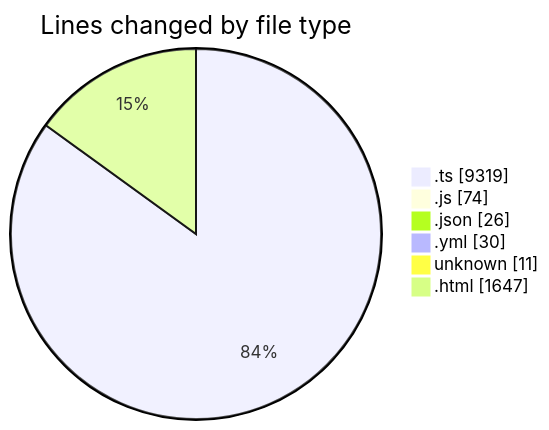
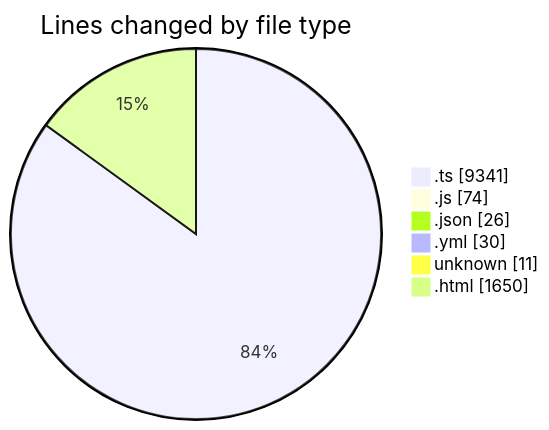
Before and after one commit to tmsrecording-cyber/code-tracking: the first of 2 diagrams in 2026-02-07/singularitybrainai/README.md, drawn with Mermaid. The commit also changed other lines of this file and 1 other file, not shown here.

````diff
--- a/2026-02-07/singularitybrainai/README.md
+++ b/2026-02-07/singularitybrainai/README.md
@@ -43,10 +43,10 @@
 ```mermaid
 pie showData
 title Lines changed by file type
-".ts" : 9319
+".ts" : 9341
 ".js" : 74
 ".json" : 26
 ".yml" : 30
 "unknown" : 11
-".html" : 1647
+".html" : 1650
 ```
````
